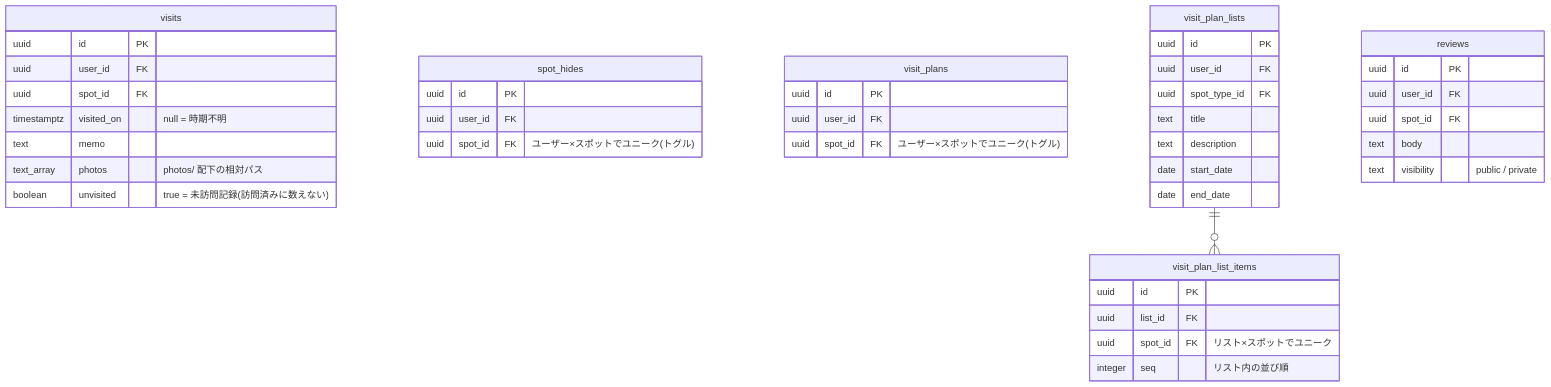
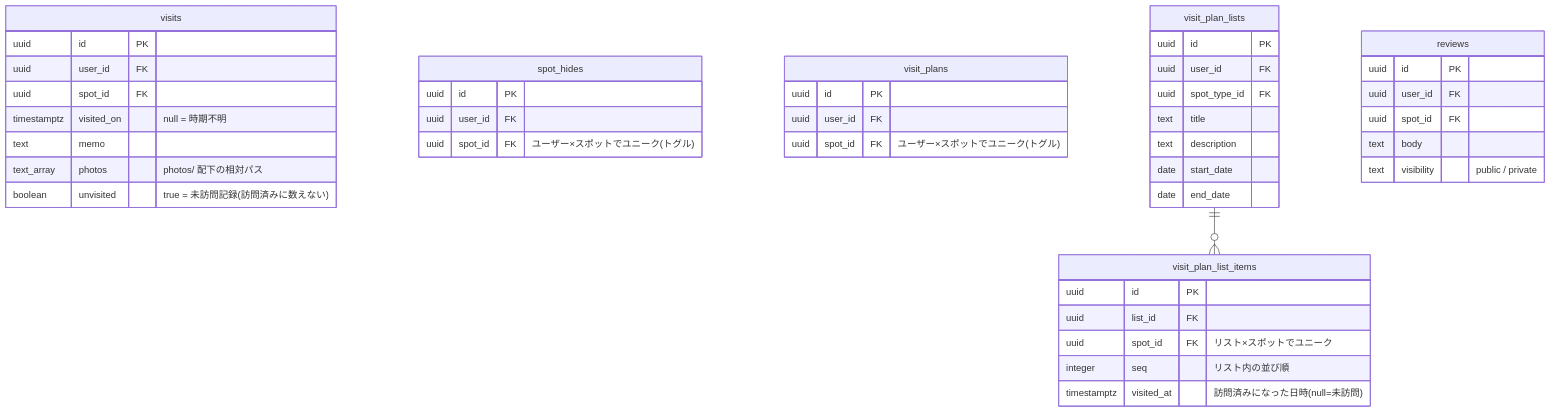
One commit to rtcode337/travel-log changed the fifth of 5 diagrams in docs/database.md. Above: the diagram before and after it, drawn with Mermaid. The commit also changed other lines of this file and 14 other files, not shown here.

````diff
--- a/docs/database.md
+++ b/docs/database.md
@@ -183,45 +183,46 @@
 ```mermaid
 erDiagram
     visits {
         uuid id PK
         uuid user_id FK
         uuid spot_id FK
         timestamptz visited_on "null = 時期不明"
         text memo
         text_array photos "photos/ 配下の相対パス"
         boolean unvisited "true = 未訪問記録(訪問済みに数えない)"
     }
     spot_hides {
         uuid id PK
         uuid user_id FK
         uuid spot_id FK "ユーザー×スポットでユニーク(トグル)"
     }
     visit_plans {
         uuid id PK
         uuid user_id FK
         uuid spot_id FK "ユーザー×スポットでユニーク(トグル)"
     }
     visit_plan_lists {
         uuid id PK
         uuid user_id FK
         uuid spot_type_id FK
         text title
         text description
         date start_date
         date end_date
     }
     visit_plan_list_items {
         uuid id PK
         uuid list_id FK
         uuid spot_id FK "リスト×スポットでユニーク"
         integer seq "リスト内の並び順"
+        timestamptz visited_at "訪問済みになった日時(null=未訪問)"
     }
     reviews {
         uuid id PK
         uuid user_id FK
         uuid spot_id FK
         text body
         text visibility "public / private"
     }
     visit_plan_lists ||--o{ visit_plan_list_items : ""
 ```
````
